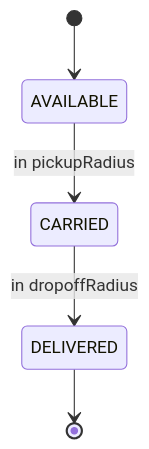
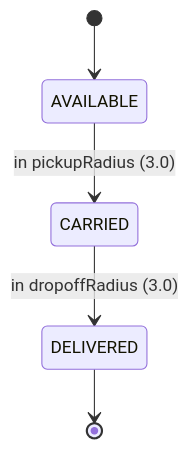
One commit to PSLSbb/gamegame changed the third of 3 diagrams in README.md. Above: the diagram before and after it, drawn with Mermaid. The commit also changed other lines of this file and 3 other files, not shown here.

````diff
--- a/README.md
+++ b/README.md
@@ -232,7 +103,7 @@
 ```mermaid
 stateDiagram-v2
     [*] --> AVAILABLE
-    AVAILABLE --> CARRIED : in pickupRadius
-    CARRIED --> DELIVERED : in dropoffRadius
+    AVAILABLE --> CARRIED : in pickupRadius (3.0)
+    CARRIED --> DELIVERED : in dropoffRadius (3.0)
     DELIVERED --> [*]
 ```
````
